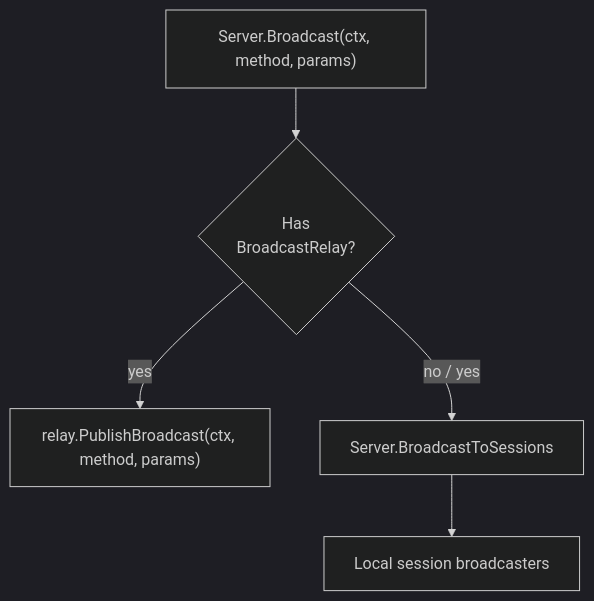
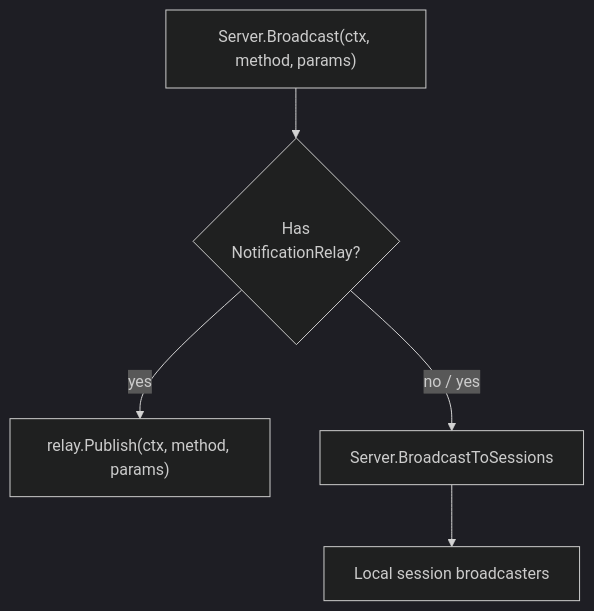
Before and after one commit to panyam/mcpkit: the fourth of 22 diagrams in docs/MULTI_REPLICA.md, drawn with Mermaid (dark theme). The commit also changed other lines of this file and 15 other files, not shown here.

First line of the commit message:
relay: rename BroadcastRelay → NotificationRelay + family (issue 770 PR A)

````diff
--- a/docs/MULTI_REPLICA.md
+++ b/docs/MULTI_REPLICA.md
@@ -159,13 +159,13 @@
 ```mermaid
 flowchart TB
     Broadcast["Server.Broadcast(ctx, method, params)"]
-    HasRelay{Has<br/>BroadcastRelay?}
-    Publish["relay.PublishBroadcast(ctx, method, params)"]
+    HasRelay{Has<br/>NotificationRelay?}
+    Publish["relay.Publish(ctx, method, params)"]
     BroadcastToSessions["Server.BroadcastToSessions"]
     Sessions["Local session broadcasters"]
 
     Broadcast --> HasRelay
     HasRelay -->|yes| Publish
     HasRelay -->|no / yes| BroadcastToSessions
     BroadcastToSessions --> Sessions
 ```
````
